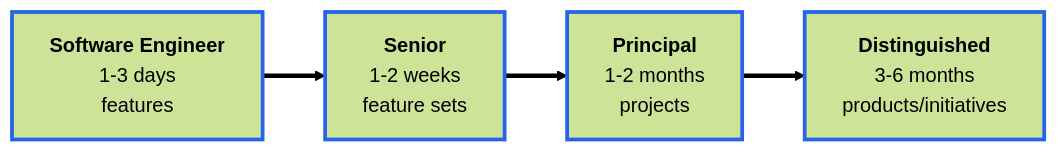
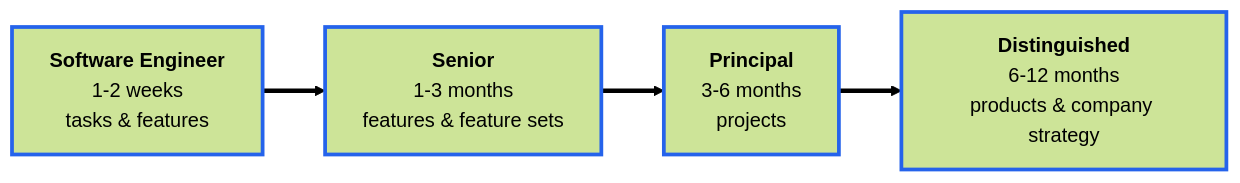
One commit to withcaldera/engineering-framework changed the first of 3 diagrams in README.md. Above: the diagram before and after it, drawn with Mermaid (forest theme). The commit also changed other lines of this file and 6 other files, not shown here.

````diff
--- a/README.md
+++ b/README.md
@@ -36,13 +36,13 @@
 ```mermaid
 flowchart LR
-    T1[<b>Software Engineer</b><br/>1-3 days<br/>features]
-    T2[<b>Senior</b><br/>1-2 weeks<br/>feature sets]
-    T3[<b>Principal</b><br/>1-2 months<br/>projects]
-    T4[<b>Distinguished</b><br/>3-6 months<br/>products/initiatives]
+    T1[<b>Software Engineer</b><br/>1-2 weeks<br/>tasks & features]
+    T2[<b>Senior</b><br/>1-3 months<br/>features & feature sets]
+    T3[<b>Principal</b><br/>3-6 months<br/>projects]
+    T4[<b>Distinguished</b><br/>6-12 months<br/>products & company strategy]
     T1 ==> T2 ==> T3 ==> T4
 
     style T1 stroke:#2563eb,stroke-width:3px
     style T2 stroke:#2563eb,stroke-width:3px
     style T3 stroke:#2563eb,stroke-width:3px
     style T4 stroke:#2563eb,stroke-width:3px
 ```
````
